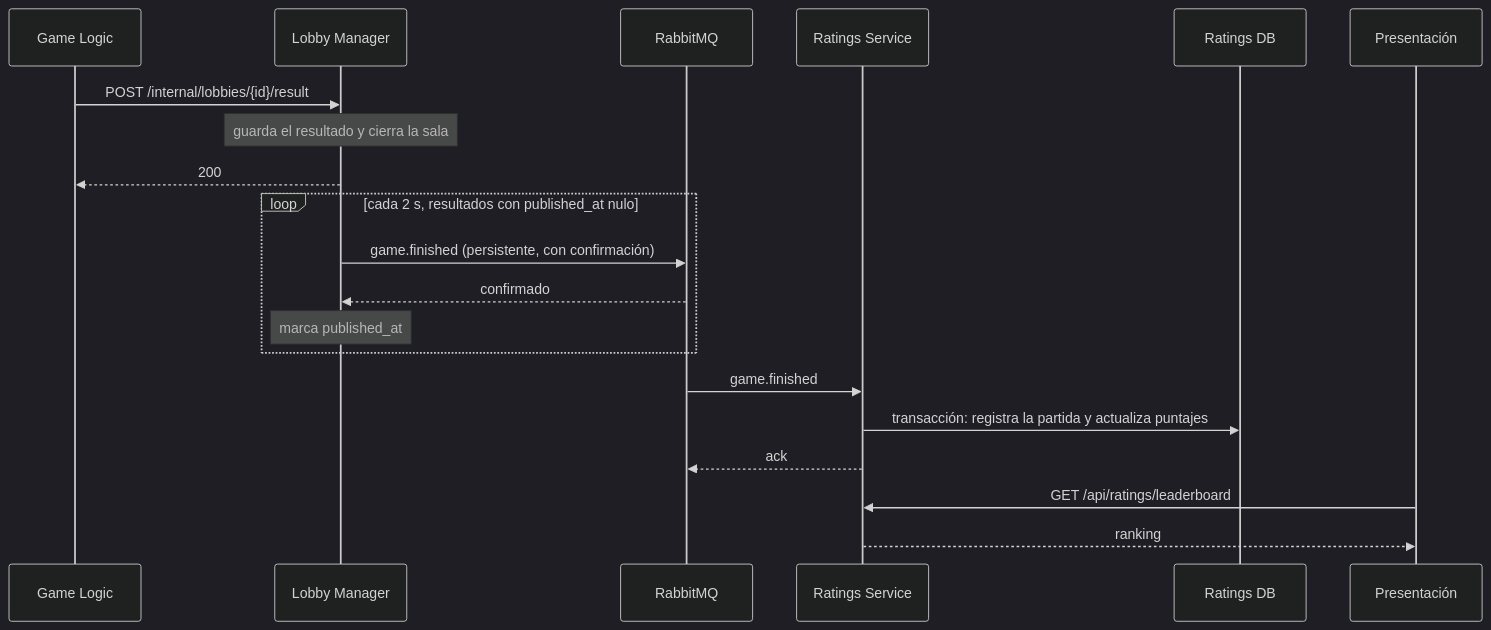
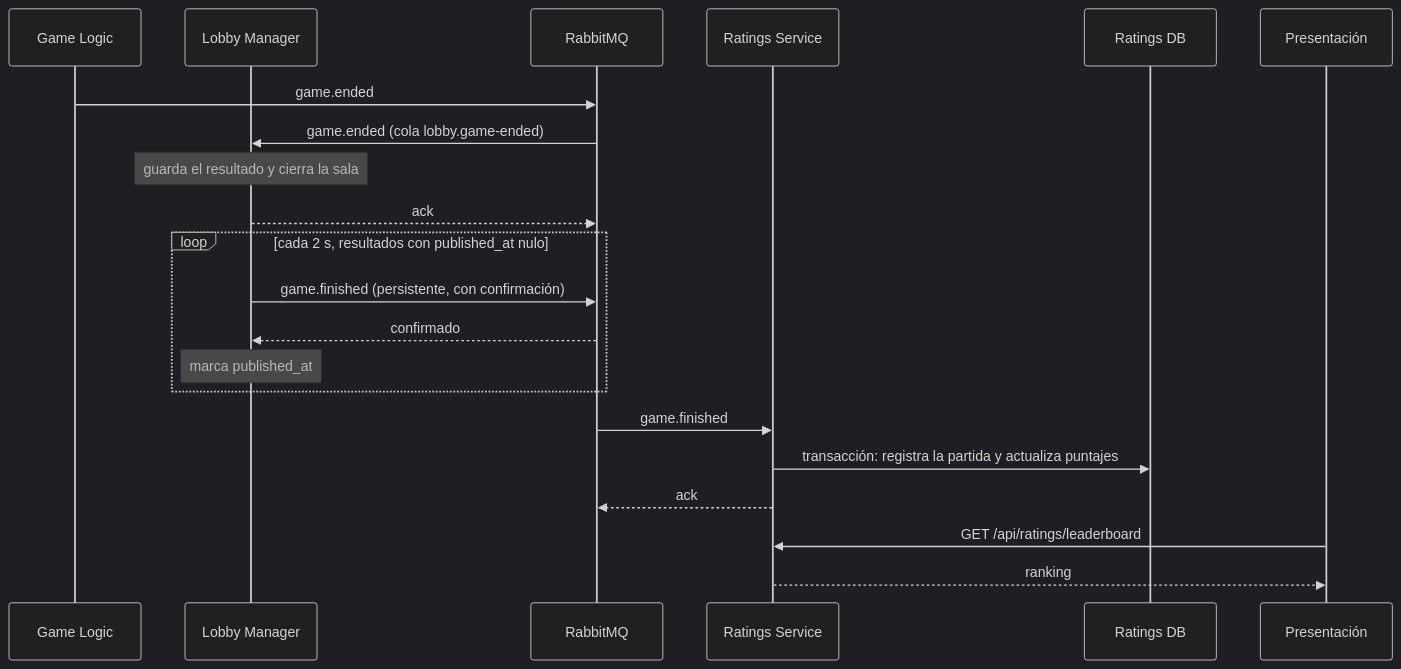
One commit to soetgdeznsgk/ArchSoft-Group1F changed the diagram in docs/ratings-service.md. Above: the diagram before and after it, drawn with Mermaid (dark theme). The commit also changed other lines of this file and 33 other files, not shown here.

First line of the commit message:
Publish game results on RabbitMQ to remove the Lobby <-> Game Logic cycle

````diff
--- a/docs/ratings-service.md
+++ b/docs/ratings-service.md
@@ -14,23 +14,24 @@
 ```mermaid
 sequenceDiagram
     participant GO as Game Logic
     participant LM as Lobby Manager
     participant MQ as RabbitMQ
     participant RS as Ratings Service
     participant DB as Ratings DB
     participant P as Presentación
 
-    GO->>LM: POST /internal/lobbies/{id}/result
+    GO->>MQ: game.ended
+    MQ->>LM: game.ended (cola lobby.game-ended)
     Note over LM: guarda el resultado y cierra la sala
-    LM-->>GO: 200
+    LM-->>MQ: ack
     loop cada 2 s, resultados con published_at nulo
         LM->>MQ: game.finished (persistente, con confirmación)
         MQ-->>LM: confirmado
         Note over LM: marca published_at
     end
     MQ->>RS: game.finished
     RS->>DB: transacción: registra la partida y actualiza puntajes
     RS-->>MQ: ack
     P->>RS: GET /api/ratings/leaderboard
     RS-->>P: ranking
 ```
````
